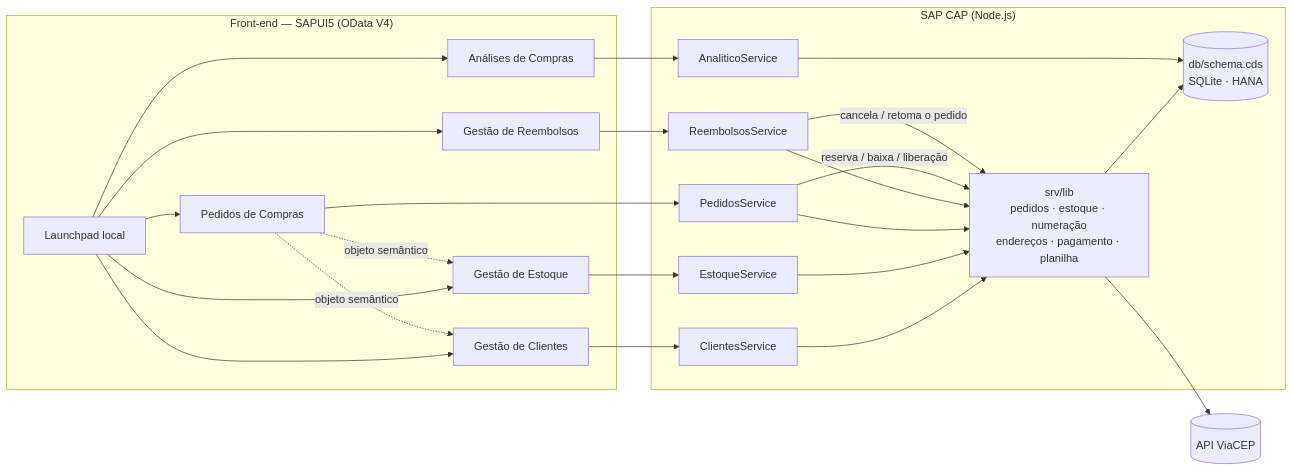
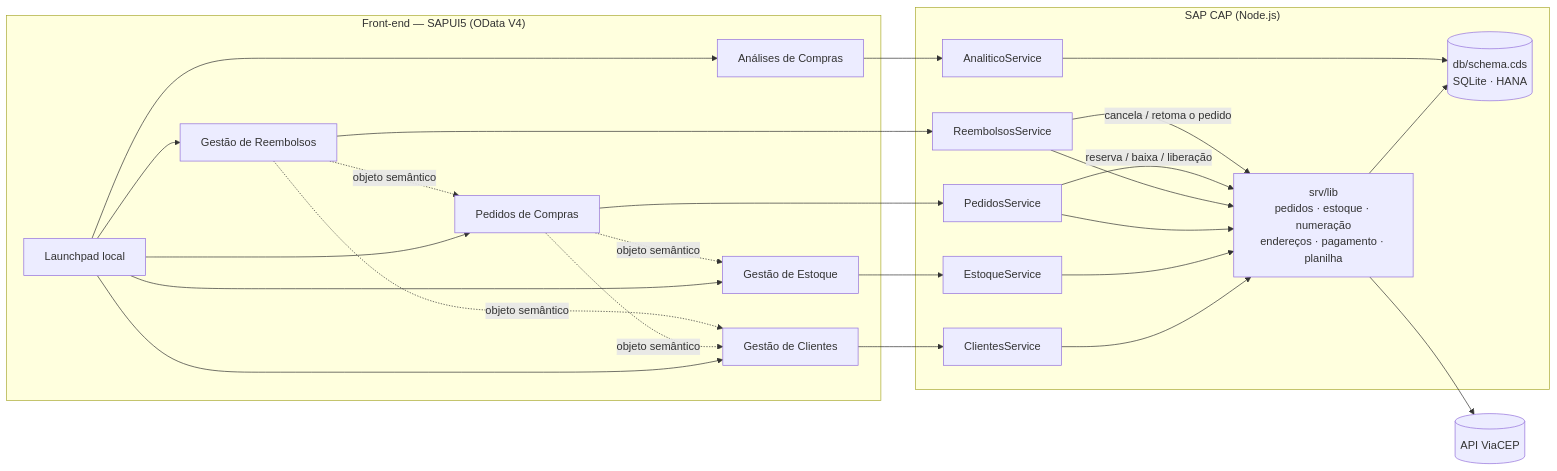
One commit to AdrianoBispo/sap-cap-nodejs-pedidos-de-compras-app changed the first of 3 diagrams in README.md. Above: the diagram before and after it, drawn with Mermaid. The commit also changed other lines of this file and 3 other files, not shown here.

````diff
--- a/README.md
+++ b/README.md
@@ -163,36 +164,38 @@
 ```mermaid
 flowchart LR
     subgraph UI["Front-end — SAPUI5 (OData V4)"]
         FLP["Launchpad local"]
         APPC["Gestão de Clientes"]
         APPE["Gestão de Estoque"]
         APPP["Pedidos de Compras"]
         APPR["Gestão de Reembolsos"]
         APPA["Análises de Compras"]
     end
 
     subgraph CAP["SAP CAP (Node.js)"]
         SC["ClientesService"]
         SE["EstoqueService"]
         SP["PedidosService"]
         SR["ReembolsosService"]
         SA["AnaliticoService"]
         LIB["srv/lib<br/>pedidos · estoque · numeração<br/>endereços · pagamento · planilha"]
         DB[("db/schema.cds<br/>SQLite · HANA")]
     end
 
     FLP --> APPC & APPE & APPP & APPR & APPA
     APPC --> SC
     APPE --> SE
     APPP --> SP
     APPR --> SR
     APPA --> SA
     APPP -. objeto semântico .-> APPC
     APPP -. objeto semântico .-> APPE
+    APPR -. objeto semântico .-> APPP
+    APPR -. objeto semântico .-> APPC
     SC & SE & SP & SR --> LIB
     LIB --> DB
     SA --> DB
     SP -- reserva / baixa / liberação --> LIB
     SR -- cancela / retoma o pedido --> LIB
     LIB --> VIACEP[("API ViaCEP")]
 ```
````
